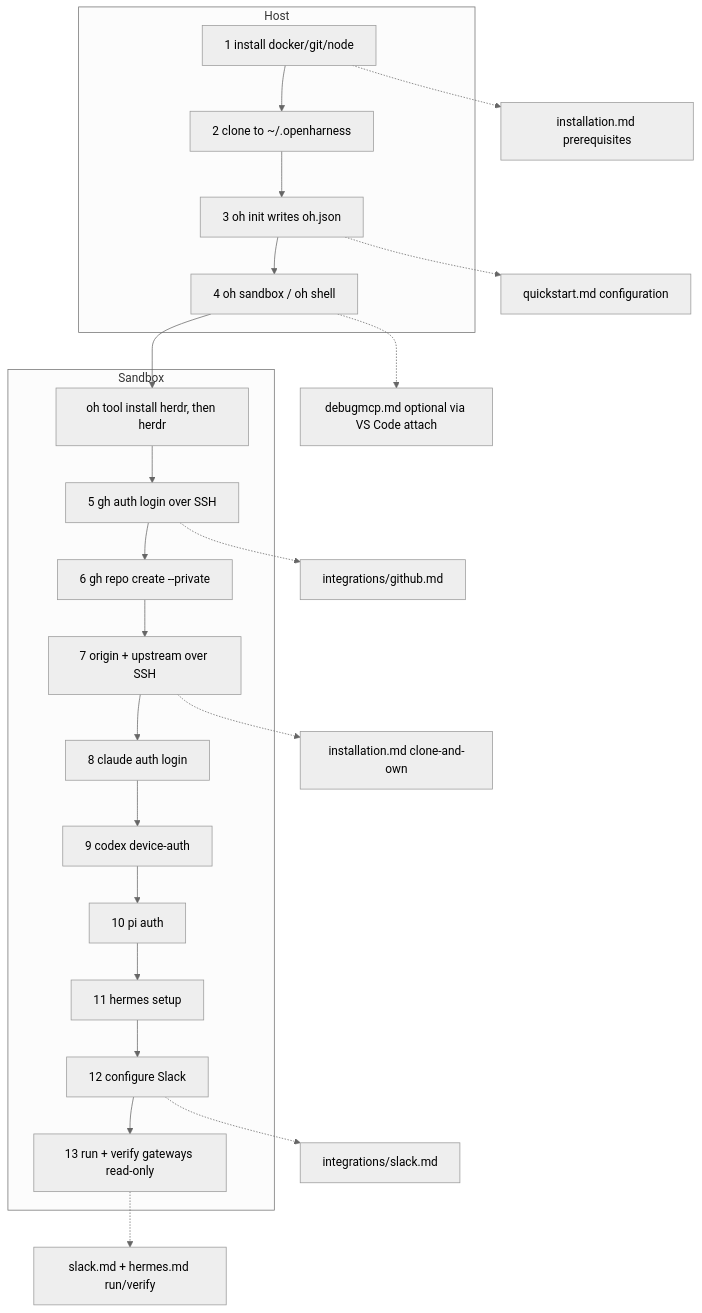
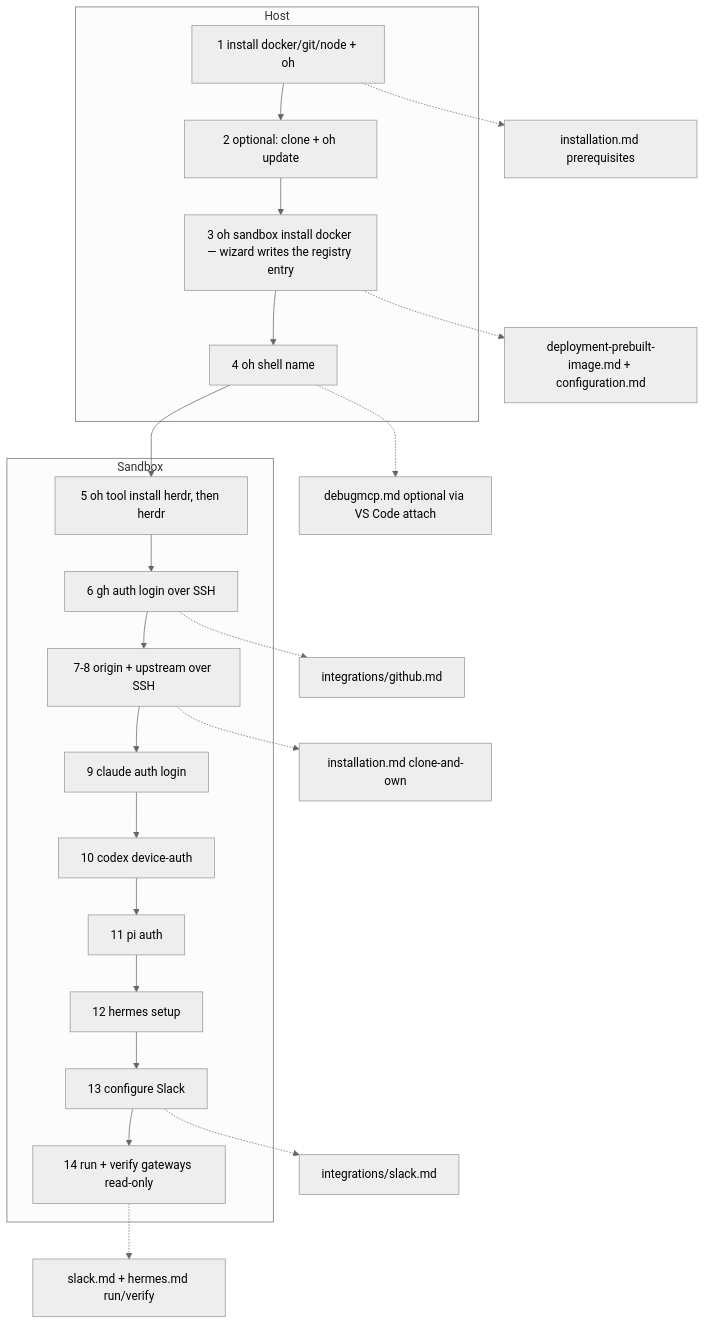
Before and after one commit to mifunedev/openharness: the diagram in .oh/knowledge/source/fresh-machine-setup.md, drawn with Mermaid (neutral theme). The commit also changed other lines of this file and 4 other files, not shown here.

First line of the commit message:
docs(knowledge): describe the sandbox registry and the oh update bootstrap

````diff
--- a/.oh/knowledge/source/fresh-machine-setup.md
+++ b/.oh/knowledge/source/fresh-machine-setup.md
@@ -78,27 +89,26 @@
 ```mermaid
 flowchart TD
   subgraph Host
-    S1[1 install docker/git/node] --> S2[2 clone to ~/.openharness]
-    S2 --> S3[3 oh init writes oh.json]
-    S3 --> S4[4 oh sandbox / oh shell]
+    S1[1 install docker/git/node + oh] --> S2[2 optional: clone + oh update]
+    S2 --> S3[3 oh sandbox install docker — wizard writes the registry entry]
+    S3 --> S4[4 oh shell name]
   end
   subgraph Sandbox
-    S4 --> S4b[oh tool install herdr, then herdr]
-    S4b --> S5[5 gh auth login over SSH]
-    S5 --> S6[6 gh repo create --private]
-    S6 --> S7[7 origin + upstream over SSH]
-    S7 --> S8[8 claude auth login]
-    S8 --> S9[9 codex device-auth]
-    S9 --> S10[10 pi auth]
-    S10 --> S11[11 hermes setup]
-    S11 --> S12[12 configure Slack]
-    S12 --> S13[13 run + verify gateways read-only]
+    S4 --> S5[5 oh tool install herdr, then herdr]
+    S5 --> S6[6 gh auth login over SSH]
+    S6 --> S7[7-8 origin + upstream over SSH]
+    S7 --> S9[9 claude auth login]
+    S9 --> S10[10 codex device-auth]
+    S10 --> S11[11 pi auth]
+    S11 --> S12[12 hermes setup]
+    S12 --> S13[13 configure Slack]
+    S13 --> S14[14 run + verify gateways read-only]
   end
   S1 -.-> D1[installation.md prerequisites]
-  S3 -.-> D2[quickstart.md configuration]
-  S5 -.-> D3[integrations/github.md]
+  S3 -.-> D2[deployment-prebuilt-image.md + configuration.md]
+  S6 -.-> D3[integrations/github.md]
   S7 -.-> D4[installation.md clone-and-own]
   S4 -.-> D6[debugmcp.md optional via VS Code attach]
-  S12 -.-> D7[integrations/slack.md]
-  S13 -.-> D8[slack.md + hermes.md run/verify]
+  S13 -.-> D7[integrations/slack.md]
+  S14 -.-> D8[slack.md + hermes.md run/verify]
 ```
````
